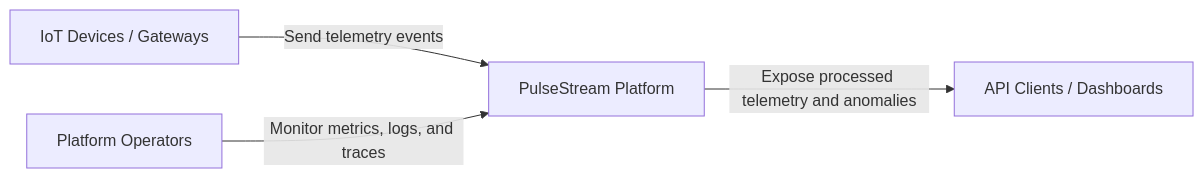
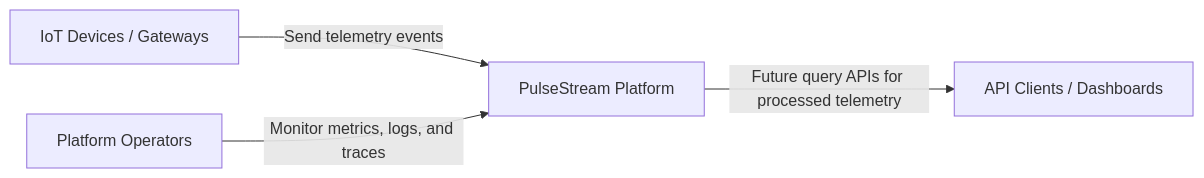
The first of 4 diagrams in docs/architecture/c4-model.md (ME-Massine/pulsestream), drawn with Mermaid before and after one commit. The commit also changed other lines of this file and 15 other files, not shown here.

````diff
--- a/docs/architecture/c4-model.md
+++ b/docs/architecture/c4-model.md
@@ -32,12 +32,12 @@
 ```mermaid
 flowchart LR
     D[IoT Devices / Gateways]
     U[API Clients / Dashboards]
     O[Platform Operators]
 
     P[PulseStream Platform]
 
     D -->|Send telemetry events| P
-    P -->|Expose processed telemetry and anomalies| U
+    P -->|Future query APIs for processed telemetry| U
     O -->|Monitor metrics, logs, and traces| P
 ```
````
